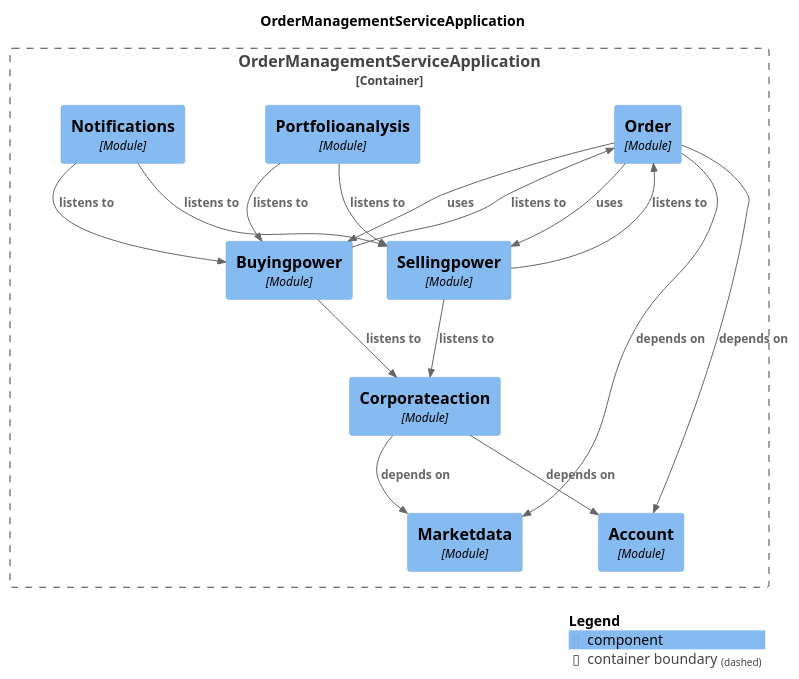
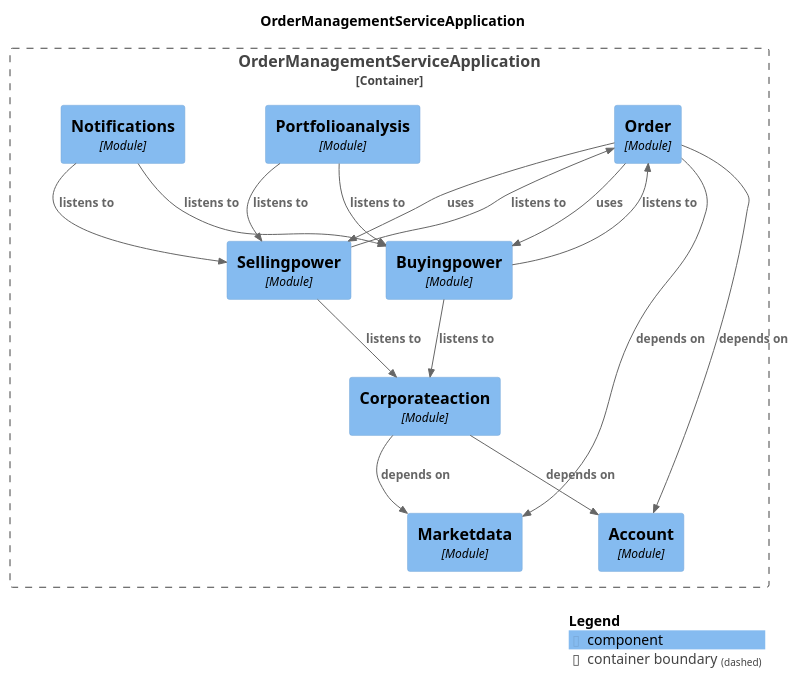
The diagram in spring-modulith-docs/components.puml (NosearY/order-management-service-reference-implementation), drawn with PlantUML before and after one commit. The commit also changed other lines of this file and 29 other files, not shown here.

```diff
--- a/spring-modulith-docs/components.puml
+++ b/spring-modulith-docs/components.puml
@@ -1,38 +1,38 @@
 @startuml
 set separator none
 title OrderManagementServiceApplication
 
 top to bottom direction
 
 !include <C4/C4>
 !include <C4/C4_Context>
 !include <C4/C4_Component>
 
 Container_Boundary("OrderManagementServiceApplication.OrderManagementServiceApplication_boundary", "OrderManagementServiceApplication", $tags="") {
   Component(OrderManagementServiceApplication.OrderManagementServiceApplication.Order, "Order", $techn="Module", $descr="", $tags="", $link="")
   Component(OrderManagementServiceApplication.OrderManagementServiceApplication.Portfolioanalysis, "Portfolioanalysis", $techn="Module", $descr="", $tags="", $link="")
   Component(OrderManagementServiceApplication.OrderManagementServiceApplication.Corporateaction, "Corporateaction", $techn="Module", $descr="", $tags="", $link="")
-  Component(OrderManagementServiceApplication.OrderManagementServiceApplication.Buyingpower, "Buyingpower", $techn="Module", $descr="", $tags="", $link="")
   Component(OrderManagementServiceApplication.OrderManagementServiceApplication.Sellingpower, "Sellingpower", $techn="Module", $descr="", $tags="", $link="")
   Component(OrderManagementServiceApplication.OrderManagementServiceApplication.Marketdata, "Marketdata", $techn="Module", $descr="", $tags="", $link="")
+  Component(OrderManagementServiceApplication.OrderManagementServiceApplication.Buyingpower, "Buyingpower", $techn="Module", $descr="", $tags="", $link="")
+  Component(OrderManagementServiceApplication.OrderManagementServiceApplication.Account, "Account", $techn="Module", $descr="", $tags="", $link="")
   Component(OrderManagementServiceApplication.OrderManagementServiceApplication.Notifications, "Notifications", $techn="Module", $descr="", $tags="", $link="")
-  Component(OrderManagementServiceApplication.OrderManagementServiceApplication.Account, "Account", $techn="Module", $descr="", $tags="", $link="")
 }
 
-Rel(OrderManagementServiceApplication.OrderManagementServiceApplication.Sellingpower, OrderManagementServiceApplication.OrderManagementServiceApplication.Corporateaction, "listens to", $techn="", $tags="", $link="")
-Rel(OrderManagementServiceApplication.OrderManagementServiceApplication.Sellingpower, OrderManagementServiceApplication.OrderManagementServiceApplication.Order, "listens to", $techn="", $tags="", $link="")
 Rel(OrderManagementServiceApplication.OrderManagementServiceApplication.Order, OrderManagementServiceApplication.OrderManagementServiceApplication.Account, "depends on", $techn="", $tags="", $link="")
 Rel(OrderManagementServiceApplication.OrderManagementServiceApplication.Order, OrderManagementServiceApplication.OrderManagementServiceApplication.Marketdata, "depends on", $techn="", $tags="", $link="")
 Rel(OrderManagementServiceApplication.OrderManagementServiceApplication.Order, OrderManagementServiceApplication.OrderManagementServiceApplication.Buyingpower, "uses", $techn="", $tags="", $link="")
 Rel(OrderManagementServiceApplication.OrderManagementServiceApplication.Order, OrderManagementServiceApplication.OrderManagementServiceApplication.Sellingpower, "uses", $techn="", $tags="", $link="")
 Rel(OrderManagementServiceApplication.OrderManagementServiceApplication.Buyingpower, OrderManagementServiceApplication.OrderManagementServiceApplication.Corporateaction, "listens to", $techn="", $tags="", $link="")
 Rel(OrderManagementServiceApplication.OrderManagementServiceApplication.Buyingpower, OrderManagementServiceApplication.OrderManagementServiceApplication.Order, "listens to", $techn="", $tags="", $link="")
-Rel(OrderManagementServiceApplication.OrderManagementServiceApplication.Notifications, OrderManagementServiceApplication.OrderManagementServiceApplication.Sellingpower, "listens to", $techn="", $tags="", $link="")
-Rel(OrderManagementServiceApplication.OrderManagementServiceApplication.Notifications, OrderManagementServiceApplication.OrderManagementServiceApplication.Buyingpower, "listens to", $techn="", $tags="", $link="")
+Rel(OrderManagementServiceApplication.OrderManagementServiceApplication.Sellingpower, OrderManagementServiceApplication.OrderManagementServiceApplication.Corporateaction, "listens to", $techn="", $tags="", $link="")
+Rel(OrderManagementServiceApplication.OrderManagementServiceApplication.Sellingpower, OrderManagementServiceApplication.OrderManagementServiceApplication.Order, "listens to", $techn="", $tags="", $link="")
 Rel(OrderManagementServiceApplication.OrderManagementServiceApplication.Corporateaction, OrderManagementServiceApplication.OrderManagementServiceApplication.Marketdata, "depends on", $techn="", $tags="", $link="")
 Rel(OrderManagementServiceApplication.OrderManagementServiceApplication.Corporateaction, OrderManagementServiceApplication.OrderManagementServiceApplication.Account, "depends on", $techn="", $tags="", $link="")
 Rel(OrderManagementServiceApplication.OrderManagementServiceApplication.Portfolioanalysis, OrderManagementServiceApplication.OrderManagementServiceApplication.Buyingpower, "listens to", $techn="", $tags="", $link="")
 Rel(OrderManagementServiceApplication.OrderManagementServiceApplication.Portfolioanalysis, OrderManagementServiceApplication.OrderManagementServiceApplication.Sellingpower, "listens to", $techn="", $tags="", $link="")
+Rel(OrderManagementServiceApplication.OrderManagementServiceApplication.Notifications, OrderManagementServiceApplication.OrderManagementServiceApplication.Sellingpower, "listens to", $techn="", $tags="", $link="")
+Rel(OrderManagementServiceApplication.OrderManagementServiceApplication.Notifications, OrderManagementServiceApplication.OrderManagementServiceApplication.Buyingpower, "listens to", $techn="", $tags="", $link="")
 
 SHOW_LEGEND(true)
 @enduml
```
